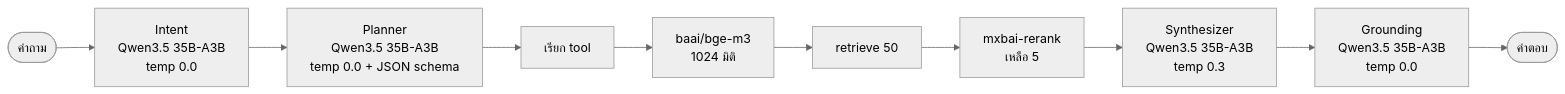
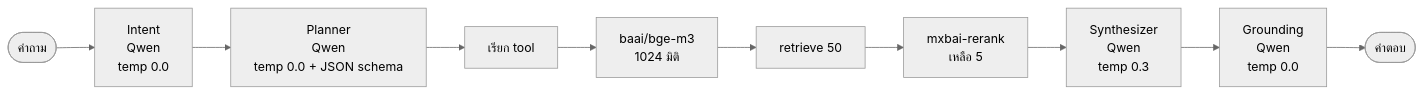
Before and after one commit to LLM-CE-KMITL/mcp-workshop: the diagram in INSTRUCTIONS/reference/model-stack.md, drawn with Mermaid (neutral theme). The commit also changed other lines of this file and 2 other files, not shown here.

Commit message:
update qwen

````diff
--- a/INSTRUCTIONS/reference/model-stack.md
+++ b/INSTRUCTIONS/reference/model-stack.md
@@ -3,12 +3,12 @@
 ```mermaid
 flowchart LR
-    Q(["คำถาม"]) --> I["Intent<br/>Qwen3.5 35B-A3B<br/>temp 0.0"]
-    I --> P["Planner<br/>Qwen3.5 35B-A3B<br/>temp 0.0 + JSON schema"]
+    Q(["คำถาม"]) --> I["Intent<br/>Qwen<br/>temp 0.0"]
+    I --> P["Planner<br/>Qwen<br/>temp 0.0 + JSON schema"]
     P --> T["เรียก tool"]
     T --> EMB["baai/bge-m3<br/>1024 มิติ"]
     EMB --> RET["retrieve 50"]
     RET --> RR["mxbai-rerank<br/>เหลือ 5"]
-    RR --> S["Synthesizer<br/>Qwen3.5 35B-A3B<br/>temp 0.3"]
-    S --> G["Grounding<br/>Qwen3.5 35B-A3B<br/>temp 0.0"]
+    RR --> S["Synthesizer<br/>Qwen<br/>temp 0.3"]
+    S --> G["Grounding<br/>Qwen<br/>temp 0.0"]
     G --> A(["คำตอบ"])
 ```
````
